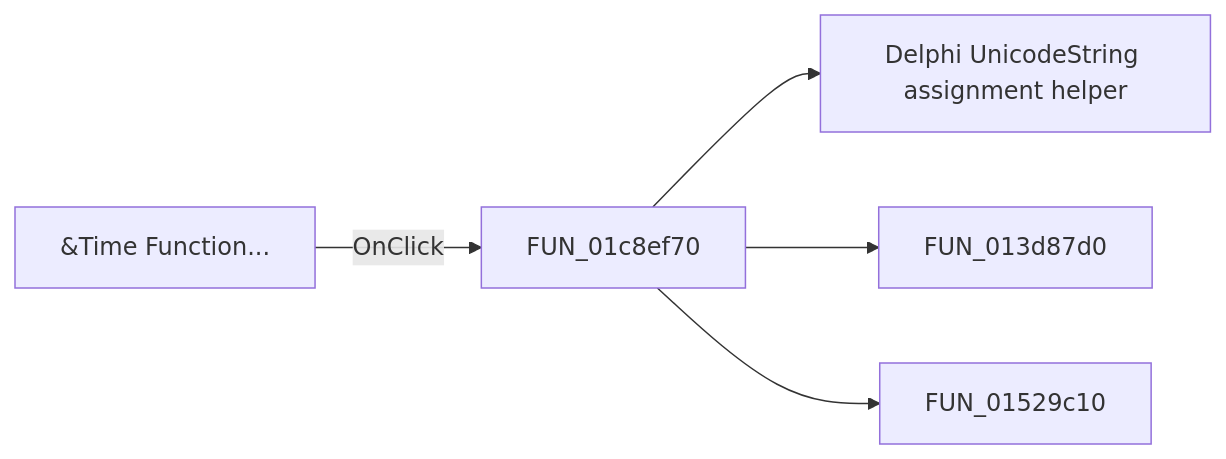
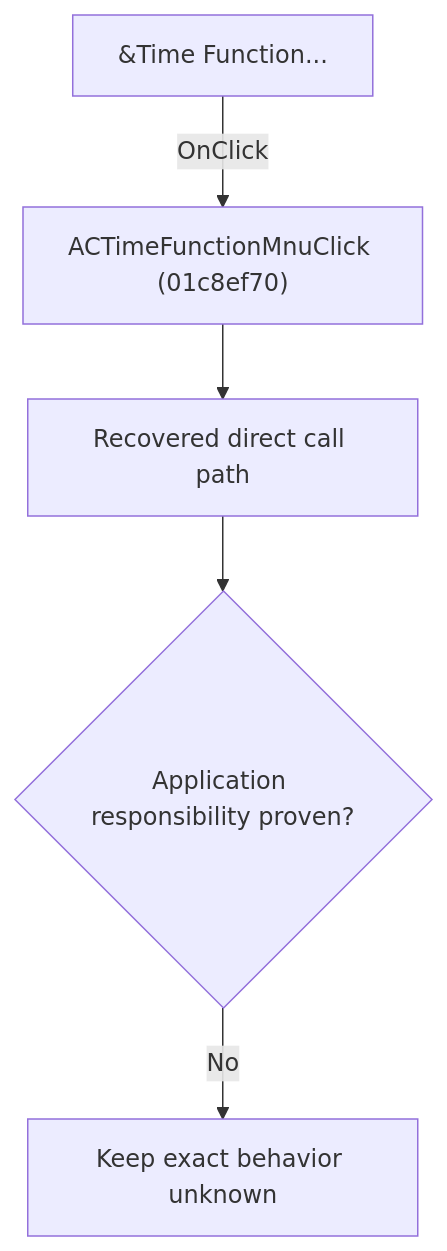
One commit to MovGP0/TIARA changed the diagram in docs/ui-controls/schematiceditor/actimefunctionmnu-fb0e582b6e.md. Above: the diagram before and after it, drawn with Mermaid. The commit also changed other lines of this file and 1062 other files, not shown here.

````diff
--- a/docs/ui-controls/schematiceditor/actimefunctionmnu-fb0e582b6e.md
+++ b/docs/ui-controls/schematiceditor/actimefunctionmnu-fb0e582b6e.md
@@ -27,7 +27,7 @@
 ```mermaid
-flowchart LR
-    control["&Time Function..."] -->|OnClick| handler["FUN_01c8ef70"]
-    handler --> call1["Delphi UnicodeString assignment helper"]
-    handler --> call2["FUN_013d87d0"]
-    handler --> call3["FUN_01529c10"]
+flowchart TD
+    control["&Time Function..."] -->|"OnClick"| handler["ACTimeFunctionMnuClick (01c8ef70)"]
+    handler --> recovered["Recovered direct call path"]
+    recovered --> gap{"Application responsibility proven?"}
+    gap -->|"No"| blocked["Keep exact behavior unknown"]
 ```
````
